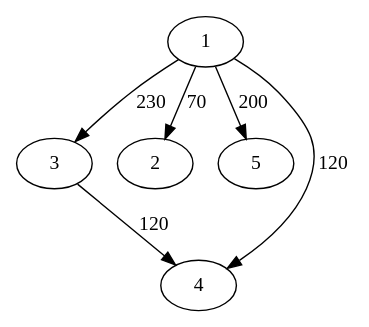
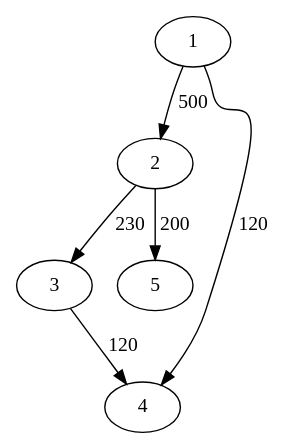
One commit to pedrovanzella/grafo-cpmf changed the diagram in docs/test_trivial.txt.reduced.dot. Above: the diagram before and after it, drawn with Graphviz. The commit also changed 3 other files, not shown here.

```diff
--- a/docs/test_trivial.txt.reduced.dot
+++ b/docs/test_trivial.txt.reduced.dot
@@ -1,7 +1,7 @@
 strict digraph  {
-	1 -> 3	 [label=230];
-	1 -> 2	 [label=70];
-	1 -> 5	 [label=200];
+	1 -> 2	 [label=500];
 	1 -> 4	 [label=120];
+	2 -> 3	 [label=230];
+	2 -> 5	 [label=200];
 	3 -> 4	 [label=120];
 }
```
